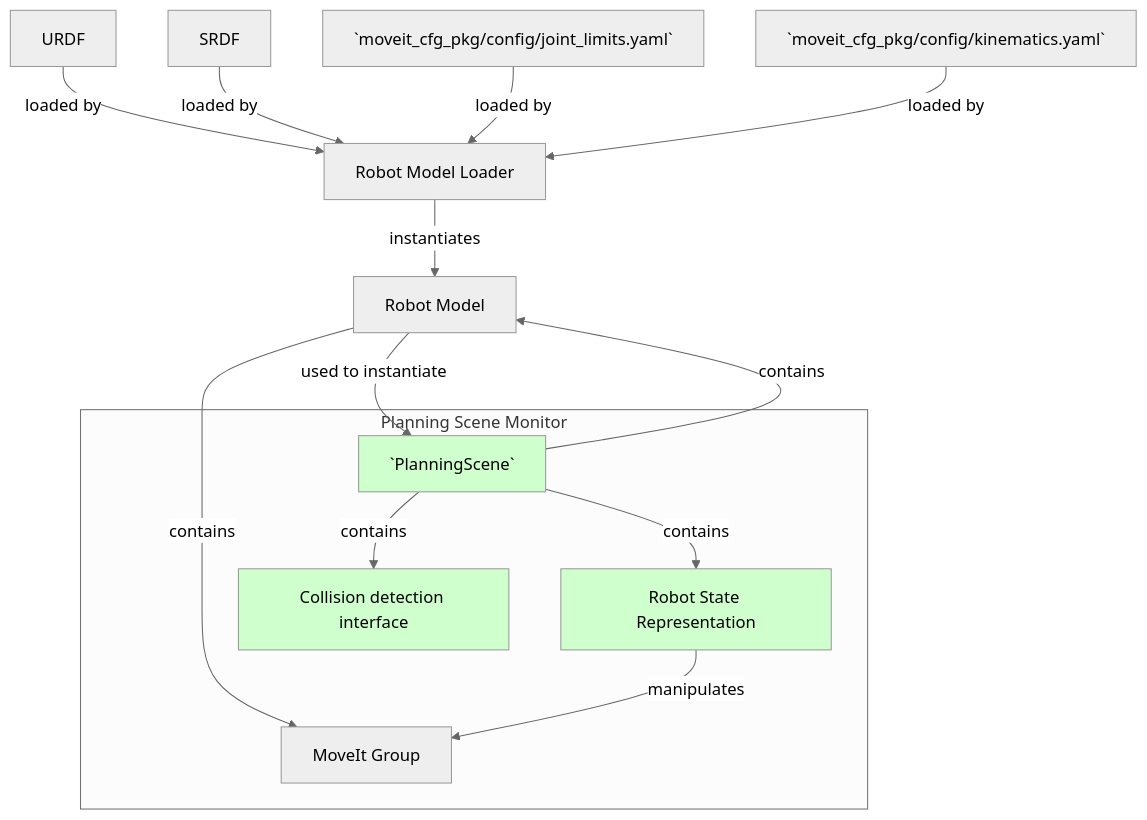
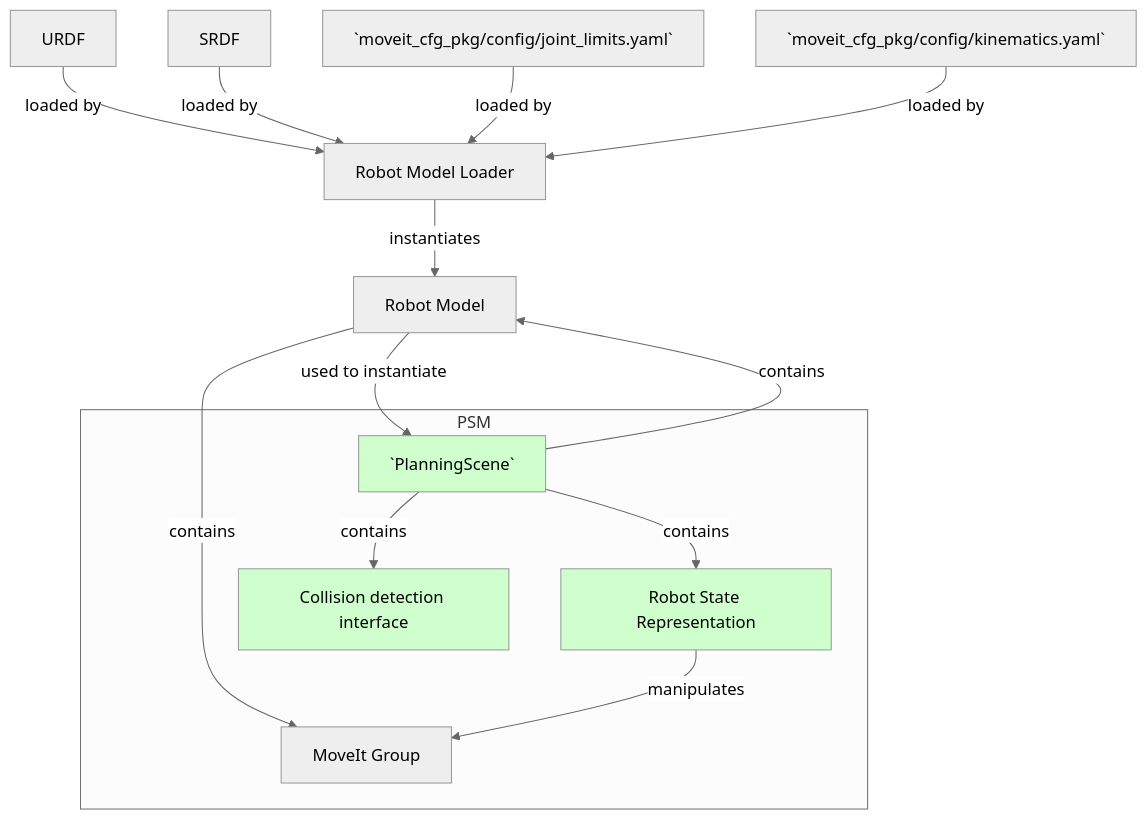
Before and after one commit to rafaelrojasmiliani/moveit_tutorial: the second of 2 diagrams in 02_planning_scene/readme.md, drawn with Mermaid (neutral theme).

````diff
--- a/02_planning_scene/readme.md
+++ b/02_planning_scene/readme.md
@@ -107,19 +107,19 @@
 ```mermaid
 graph TD;
     URDF -- loaded by --> RML[Robot Model Loader];
     SRDF -- loaded by --> RML;
     J[`moveit_cfg_pkg/config/joint_limits.yaml`] -- loaded by --> RML;
     K[`moveit_cfg_pkg/config/kinematics.yaml`] -- loaded by --> RML;
     RML -- instantiates --> RM[Robot Model];
     RM -- contains --> MG[MoveIt Group];
     PS[`PlanningScene`] -- contains --> RM;
     RM -- used to instantiate --> PS;
-    subgraph PSM [Planning Scene Monitor];
+    subgraph PSM
     PS -- contains --> RS[Robot State Representation];
     PS -- contains --> CD[Collision detection interface];
     RS -- manipulates --> MG;
-    end;
+    end
     style PS fill:#CFFFCD;
     style RS fill:#CFFFCD;
     style CD fill:#CFFFCD;
 ```
````
